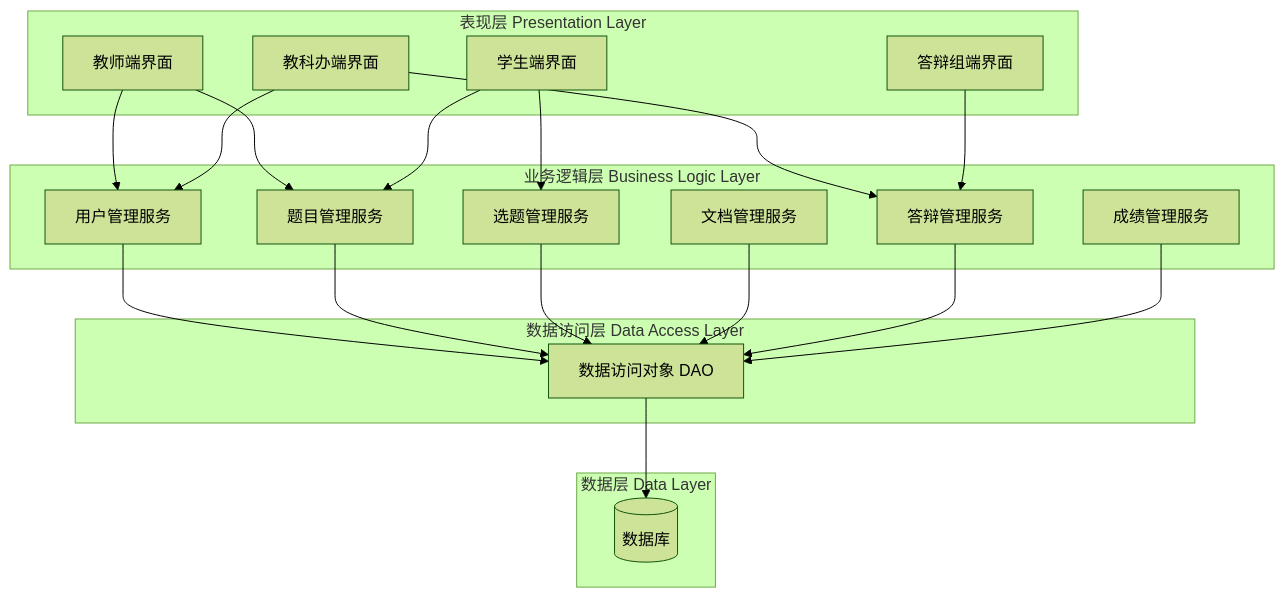
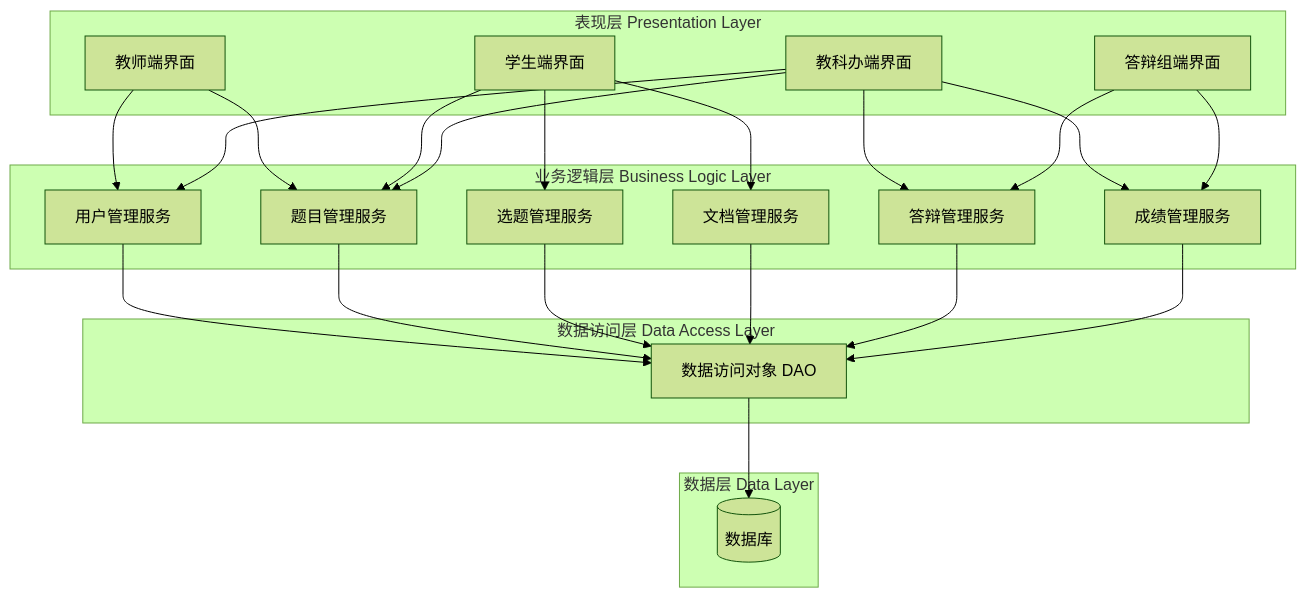
One commit to CSharperMantle/hdu2025_software_eng_thesis_mgmt changed the third of 3 diagrams in docs/module-structure.md. Above: the diagram before and after it, drawn with Mermaid (forest theme).

Commit message:
docs: fix technical architecture connections in module structure

````diff
--- a/docs/module-structure.md
+++ b/docs/module-structure.md
@@ -189,43 +189,47 @@
 ```mermaid
 graph TB
     subgraph "表现层 Presentation Layer"
         UI1[教师端界面]
         UI2[学生端界面]
         UI3[教科办端界面]
         UI4[答辩组端界面]
     end
     
     subgraph "业务逻辑层 Business Logic Layer"
         BL1[用户管理服务]
         BL2[题目管理服务]
         BL3[选题管理服务]
         BL4[文档管理服务]
         BL5[答辩管理服务]
         BL6[成绩管理服务]
     end
     
     subgraph "数据访问层 Data Access Layer"
         DAO[数据访问对象 DAO]
     end
     
     subgraph "数据层 Data Layer"
         DB[(数据库)]
     end
     
     UI1 --> BL1
     UI1 --> BL2
     UI2 --> BL2
     UI2 --> BL3
+    UI2 --> BL4
     UI3 --> BL1
+    UI3 --> BL2
     UI3 --> BL5
+    UI3 --> BL6
     UI4 --> BL5
+    UI4 --> BL6
     
     BL1 --> DAO
     BL2 --> DAO
     BL3 --> DAO
     BL4 --> DAO
     BL5 --> DAO
     BL6 --> DAO
     
     DAO --> DB
 ```
````
